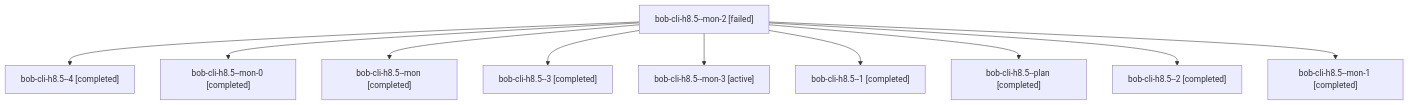
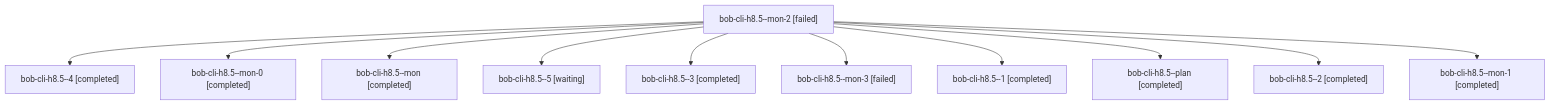
The diagram in sessions/bbugyi200.athena.bob-cli-h8.5.md (bobs-org/bob-cli--agents), drawn with Mermaid before and after one commit. The commit also changed other lines of this file and 66 other files, not shown here.

````diff
--- a/sessions/bbugyi200.athena.bob-cli-h8.5.md
+++ b/sessions/bbugyi200.athena.bob-cli-h8.5.md
@@ -9,22 +9,24 @@
 ```mermaid
 flowchart TD
   n0["bob-cli-h8.5--mon-2 [failed]"]
   n1["bob-cli-h8.5--4 [completed]"]
   n0 --> n1
   n2["bob-cli-h8.5--mon-0 [completed]"]
   n0 --> n2
   n3["bob-cli-h8.5--mon [completed]"]
   n0 --> n3
-  n4["bob-cli-h8.5--3 [completed]"]
+  n4["bob-cli-h8.5--5 [waiting]"]
   n0 --> n4
-  n5["bob-cli-h8.5--mon-3 [active]"]
+  n5["bob-cli-h8.5--3 [completed]"]
   n0 --> n5
-  n6["bob-cli-h8.5--1 [completed]"]
+  n6["bob-cli-h8.5--mon-3 [failed]"]
   n0 --> n6
-  n7["bob-cli-h8.5--plan [completed]"]
+  n7["bob-cli-h8.5--1 [completed]"]
   n0 --> n7
-  n8["bob-cli-h8.5--2 [completed]"]
+  n8["bob-cli-h8.5--plan [completed]"]
   n0 --> n8
-  n9["bob-cli-h8.5--mon-1 [completed]"]
+  n9["bob-cli-h8.5--2 [completed]"]
   n0 --> n9
+  n10["bob-cli-h8.5--mon-1 [completed]"]
+  n0 --> n10
 ```
````
